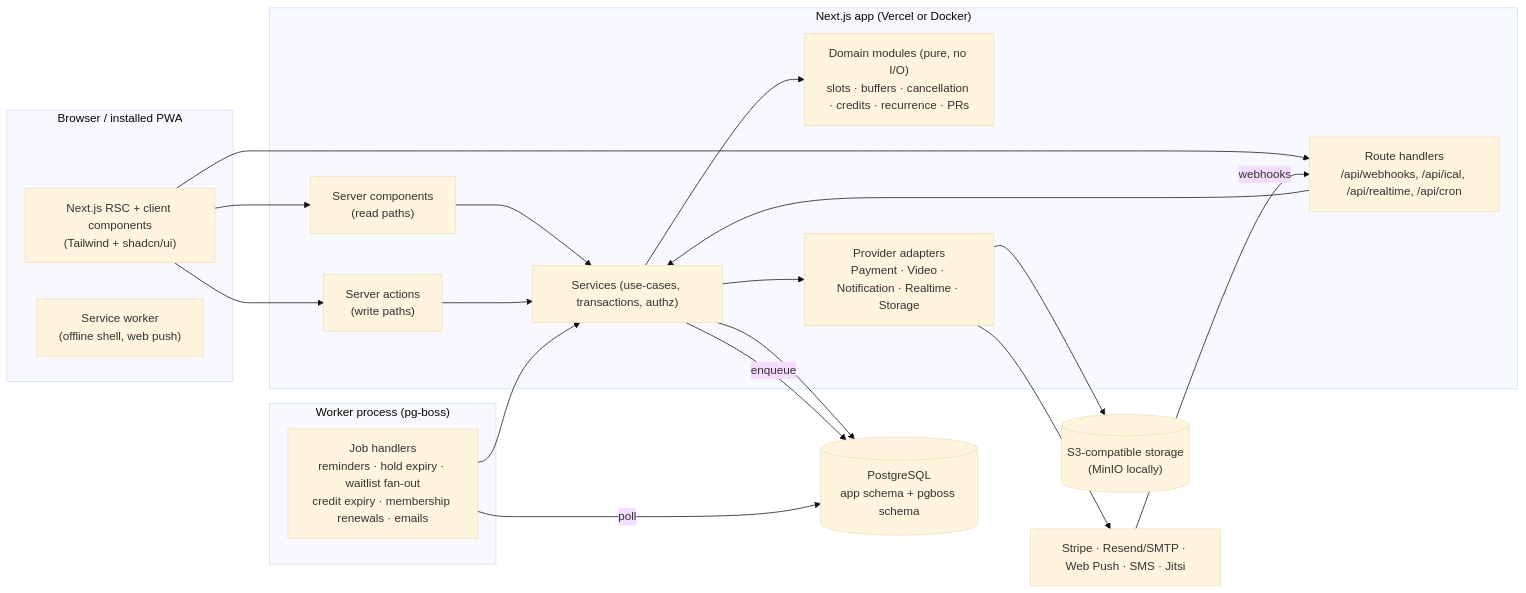
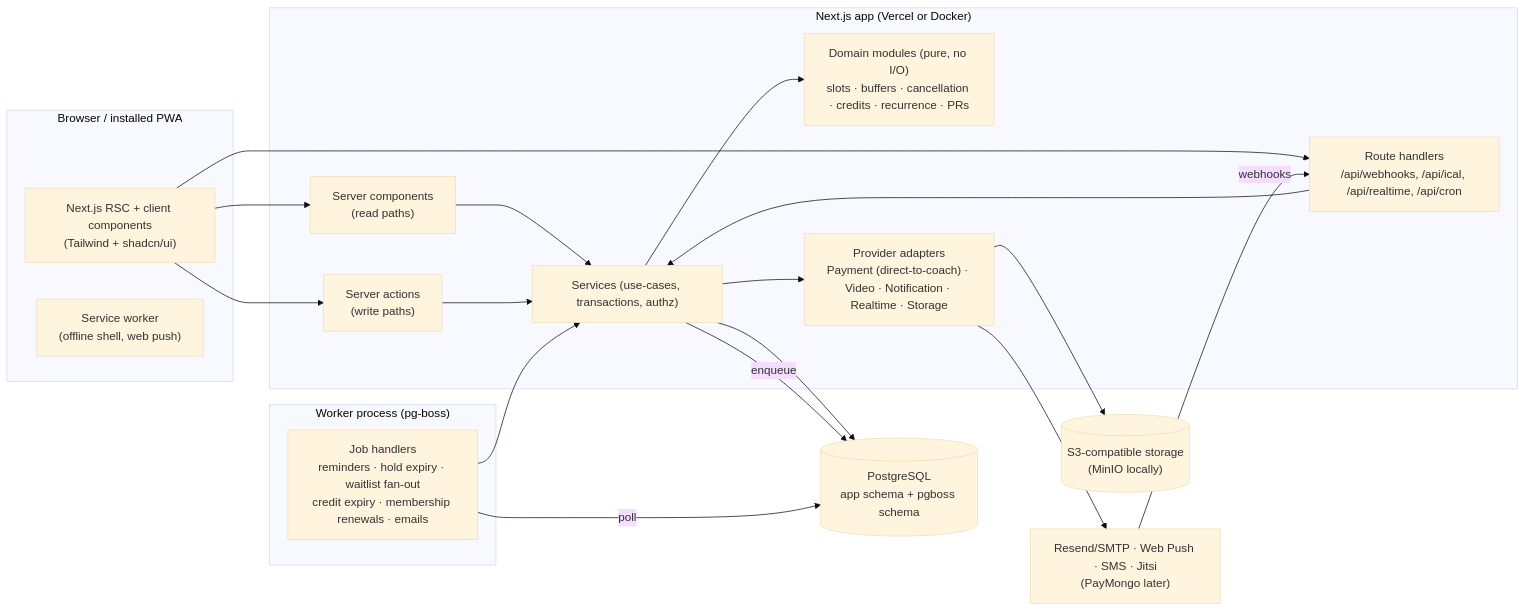
The first of 7 diagrams in docs/PLAN.md (harveyallenong/Coach-App), drawn with Mermaid (base theme) before and after one commit. The commit also changed other lines of this file and 8 other files, not shown here.

````diff
--- a/docs/PLAN.md
+++ b/docs/PLAN.md
@@ -12,34 +12,34 @@
 ```mermaid
 flowchart LR
   subgraph Browser["Browser / installed PWA"]
     UI["Next.js RSC + client components<br/>(Tailwind + shadcn/ui)"]
     SW["Service worker<br/>(offline shell, web push)"]
   end
 
   subgraph Web["Next.js app (Vercel or Docker)"]
     RSC["Server components<br/>(read paths)"]
     SA["Server actions<br/>(write paths)"]
     API["Route handlers<br/>/api/webhooks, /api/ical, /api/realtime, /api/cron"]
     SVC["Services (use-cases, transactions, authz)"]
     DOM["Domain modules (pure, no I/O)<br/>slots · buffers · cancellation · credits · recurrence · PRs"]
-    PROV["Provider adapters<br/>Payment · Video · Notification · Realtime · Storage"]
+    PROV["Provider adapters<br/>Payment (direct-to-coach) · Video · Notification · Realtime · Storage"]
   end
 
   subgraph Worker["Worker process (pg-boss)"]
     JOBS["Job handlers<br/>reminders · hold expiry · waitlist fan-out<br/>credit expiry · membership renewals · emails"]
   end
 
   DB[("PostgreSQL<br/>app schema + pgboss schema")]
   S3[("S3-compatible storage<br/>(MinIO locally)")]
-  EXT["Stripe · Resend/SMTP · Web Push · SMS · Jitsi"]
+  EXT["Resend/SMTP · Web Push · SMS · Jitsi<br/>(PayMongo later)"]
 
   UI --> RSC & SA & API
   RSC & SA & API --> SVC --> DOM
   SVC --> PROV --> EXT
   SVC --> DB
   SVC -- enqueue --> DB
   JOBS -- poll --> DB
   JOBS --> SVC
   PROV --> S3
   EXT -- webhooks --> API
 ```
````
